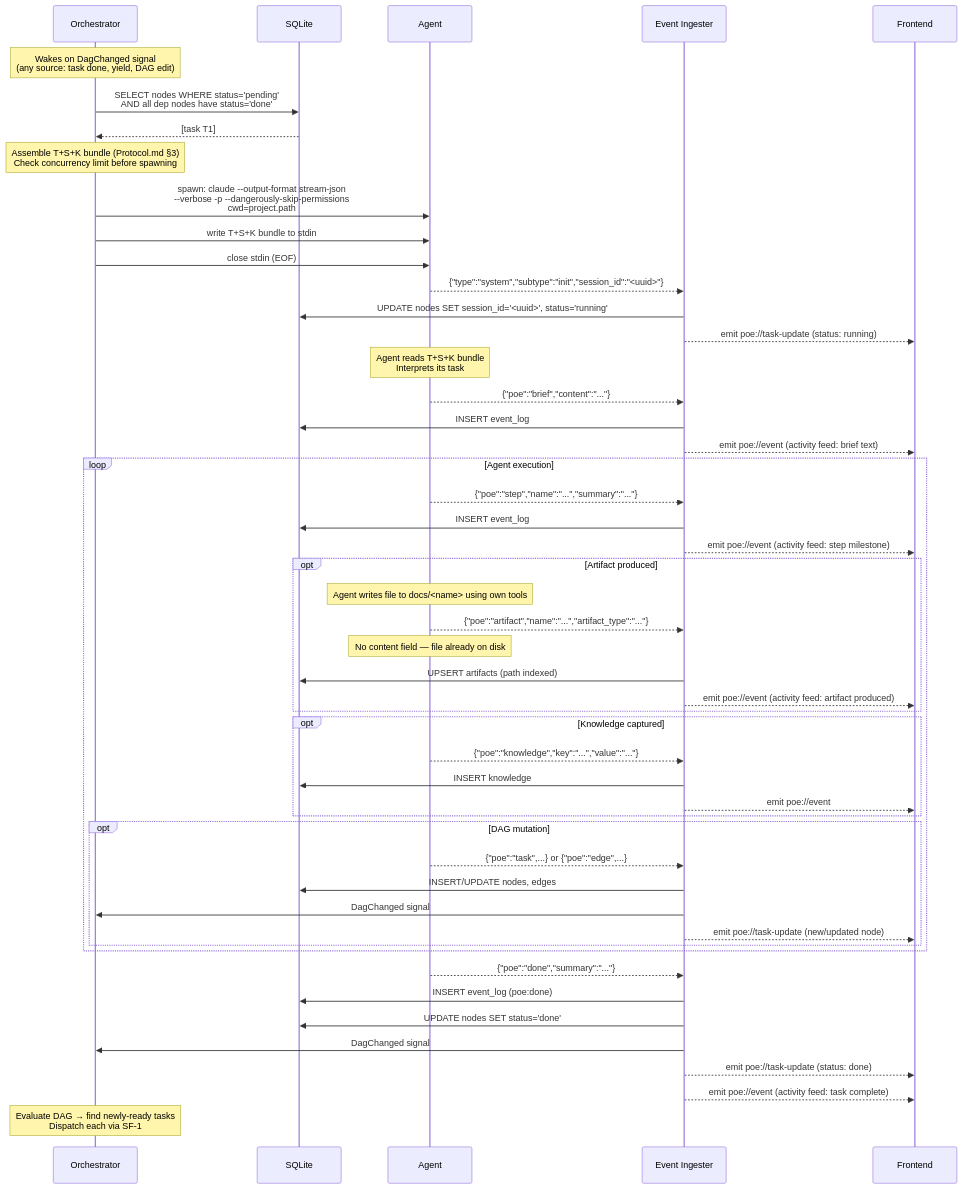
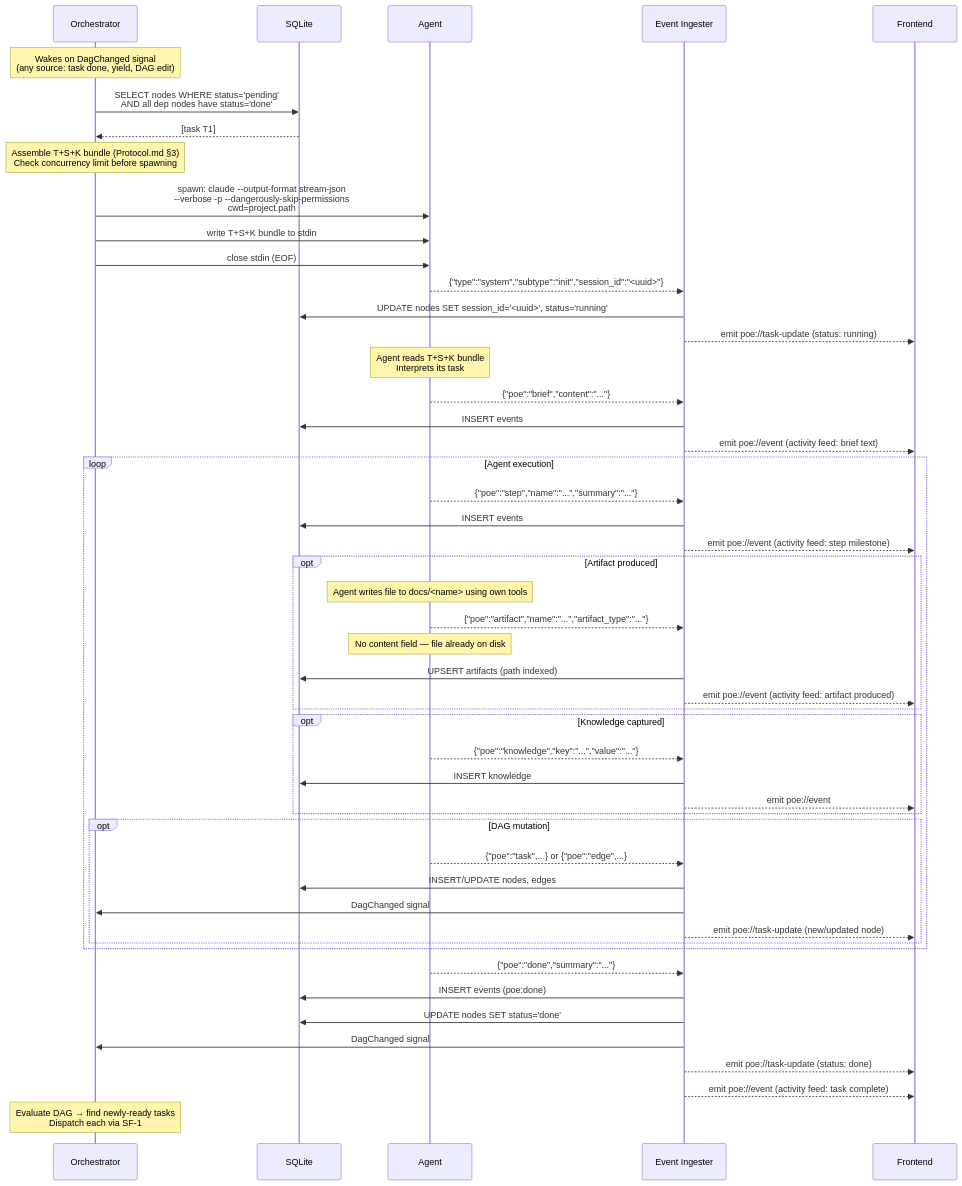
One commit to grant-traynor/bp6 changed the third of 10 diagrams in doc-POE/Flows.md. Above: the diagram before and after it, drawn with Mermaid. The commit also changed other lines of this file and 4 other files, not shown here.

````diff
--- a/doc-POE/Flows.md
+++ b/doc-POE/Flows.md
@@ -609,65 +628,65 @@
 ```mermaid
 sequenceDiagram
     participant Orch as Orchestrator
     participant DB as SQLite
     participant A as Agent
     participant Ing as Event Ingester
     participant FE as Frontend
 
     Note over Orch: Wakes on DagChanged signal<br/>(any source: task done, yield, DAG edit)
 
     Orch->>DB: SELECT nodes WHERE status='pending'<br/>AND all dep nodes have status='done'
     DB-->>Orch: [task T1]
 
     Note over Orch: Assemble T+S+K bundle (Protocol.md §3)<br/>Check concurrency limit before spawning
 
     Orch->>A: spawn: claude --output-format stream-json<br/>--verbose -p --dangerously-skip-permissions<br/>cwd=project.path
     Orch->>A: write T+S+K bundle to stdin
     Orch->>A: close stdin (EOF)
 
     A-->>Ing: {"type":"system","subtype":"init","session_id":"<uuid>"}
     Ing->>DB: UPDATE nodes SET session_id='<uuid>', status='running'
     Ing-->>FE: emit poe://task-update (status: running)
 
     Note over A: Agent reads T+S+K bundle<br/>Interprets its task
 
     A-->>Ing: {"poe":"brief","content":"..."}
-    Ing->>DB: INSERT event_log
+    Ing->>DB: INSERT events
     Ing-->>FE: emit poe://event (activity feed: brief text)
 
     loop Agent execution
         A-->>Ing: {"poe":"step","name":"...","summary":"..."}
-        Ing->>DB: INSERT event_log
+        Ing->>DB: INSERT events
         Ing-->>FE: emit poe://event (activity feed: step milestone)
 
         opt Artifact produced
             Note over A: Agent writes file to docs/<name> using own tools
             A-->>Ing: {"poe":"artifact","name":"...","artifact_type":"..."}
             Note over A: No content field — file already on disk
             Ing->>DB: UPSERT artifacts (path indexed)
             Ing-->>FE: emit poe://event (activity feed: artifact produced)
         end
 
         opt Knowledge captured
             A-->>Ing: {"poe":"knowledge","key":"...","value":"..."}
             Ing->>DB: INSERT knowledge
             Ing-->>FE: emit poe://event
         end
 
         opt DAG mutation
             A-->>Ing: {"poe":"task",...} or {"poe":"edge",...}
             Ing->>DB: INSERT/UPDATE nodes, edges
             Ing->>Orch: DagChanged signal
             Ing-->>FE: emit poe://task-update (new/updated node)
         end
     end
 
     A-->>Ing: {"poe":"done","summary":"..."}
-    Ing->>DB: INSERT event_log (poe:done)
+    Ing->>DB: INSERT events (poe:done)
     Ing->>DB: UPDATE nodes SET status='done'
     Ing->>Orch: DagChanged signal
     Ing-->>FE: emit poe://task-update (status: done)
     Ing-->>FE: emit poe://event (activity feed: task complete)
 
     Note over Orch: Evaluate DAG → find newly-ready tasks<br/>Dispatch each via SF-1
 ```
````
